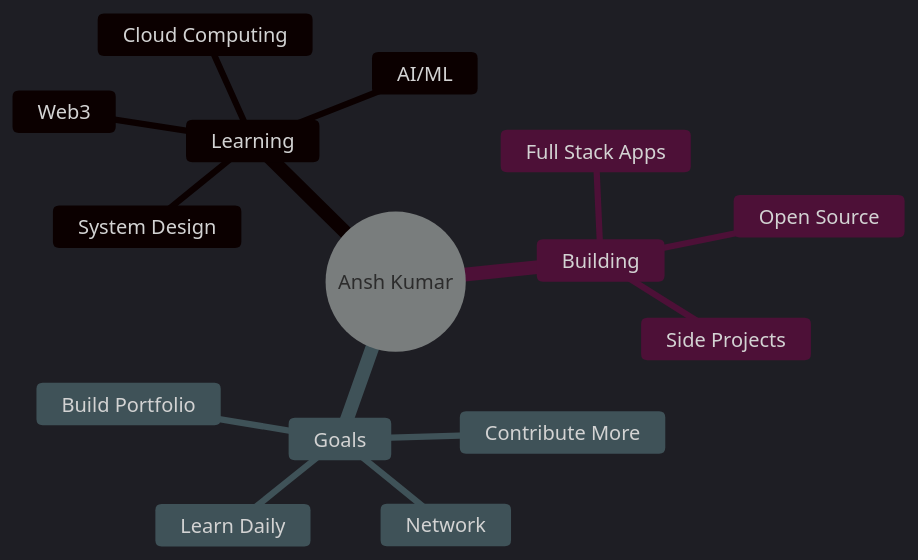
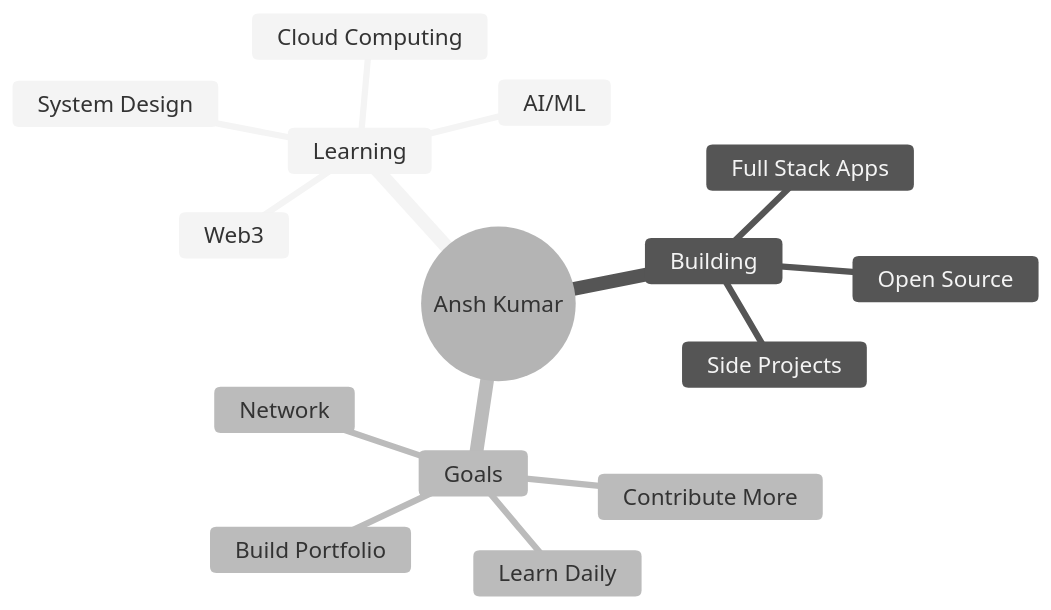
Before and after one commit to Albez0-An7h/Albez0-An7h: the diagram in readme.md, drawn with Mermaid.

````diff
--- a/readme.md
+++ b/readme.md
@@ -131,19 +131,19 @@
 ```mermaid
-%%{init: {'theme':'dark', 'themeVariables': {'primaryTextColor':'#fff', 'secondaryTextColor':'#fff', 'tertiaryTextColor':'#fff', 'textColor':'#fff'}}}%%
+%%{init: {'theme':'neutral', 'themeVariables': {'primaryColor':'#5588dd', 'primaryTextColor':'#ffffff', 'primaryBorderColor':'#5588dd', 'secondaryColor':'#44aa88', 'secondaryTextColor':'#ffffff', 'secondaryBorderColor':'#44aa88', 'tertiaryColor':'#dd8855', 'tertiaryTextColor':'#ffffff', 'tertiaryBorderColor':'#dd8855', 'lineColor':'#ffffff', 'textColor':'#ffffff', 'fontSize':'18px'}}}%%
 mindmap
   root((Ansh Kumar))
     Learning
       System Design
       Cloud Computing
       AI/ML
       Web3
     Building
       Full Stack Apps
       Open Source
       Side Projects
     Goals
       Contribute More
       Learn Daily
       Build Portfolio
       Network
 ```
````
